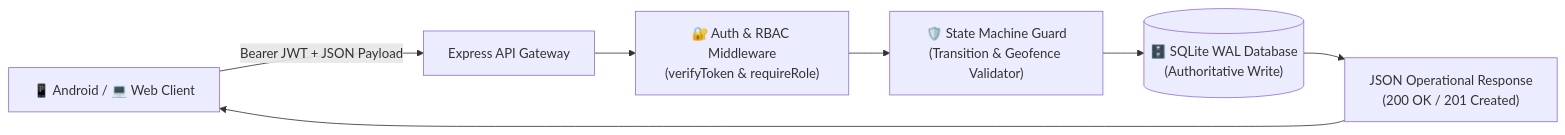
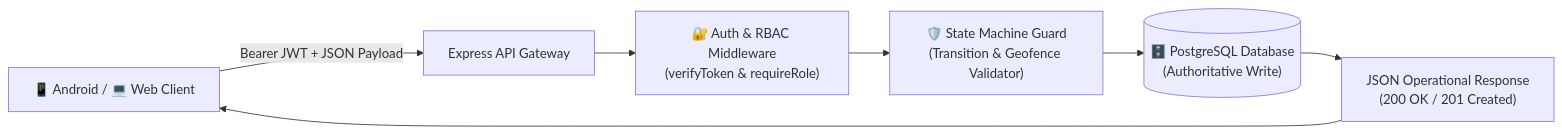
One commit to Nixxzzzzz/truck_tracker changed the diagram in documentation/api.md. Above: the diagram before and after it, drawn with Mermaid. The commit also changed 20 other files, not shown here.

Commit message:
migrate backend persistence to PostgreSQL

````diff
--- a/documentation/api.md
+++ b/documentation/api.md
@@ -3,9 +3,9 @@
 ```mermaid
 flowchart LR
     Client["📱 Android / 💻 Web Client"] -->|Bearer JWT + JSON Payload| Gateway["Express API Gateway"]
     Gateway --> Auth["🔐 Auth & RBAC Middleware<br/>(verifyToken & requireRole)"]
     Auth --> Guard["🛡️ State Machine Guard<br/>(Transition & Geofence Validator)"]
-    Guard --> DB[("🗄️ SQLite WAL Database<br/>(Authoritative Write)")]
+    Guard --> DB[("🗄️ PostgreSQL Database<br/>(Authoritative Write)")]
     DB --> Response["JSON Operational Response<br/>(200 OK / 201 Created)"]
     Response --> Client
 ```
````
